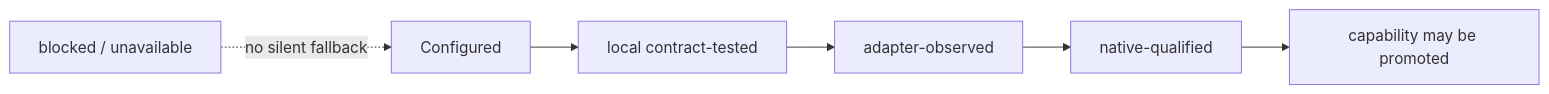
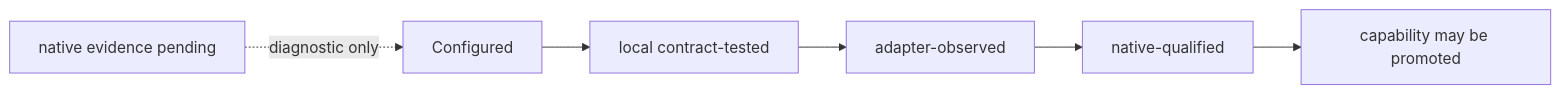
One commit to agentic-os-brasil/bcg-brasil-agentic-os changed the diagram in docs/lifecycle-readiness.md. Above: the diagram before and after it, drawn with Mermaid. The commit also changed other lines of this file and 14 other files, not shown here.

Commit message:
feat(canary): keep enabled contracts usable while evidence is pending

````diff
--- a/docs/lifecycle-readiness.md
+++ b/docs/lifecycle-readiness.md
@@ -35,8 +35,8 @@
 ```mermaid
 flowchart LR
     Configured --> ContractTested["local contract-tested"]
     ContractTested --> AdapterObserved["adapter-observed"]
     AdapterObserved --> NativeQualified["native-qualified"]
     NativeQualified --> Promote["capability may be promoted"]
-    Blocked["blocked / unavailable"] -.->|no silent fallback| Configured
+    EvidencePending["native evidence pending"] -.->|diagnostic only| Configured
 ```
````
